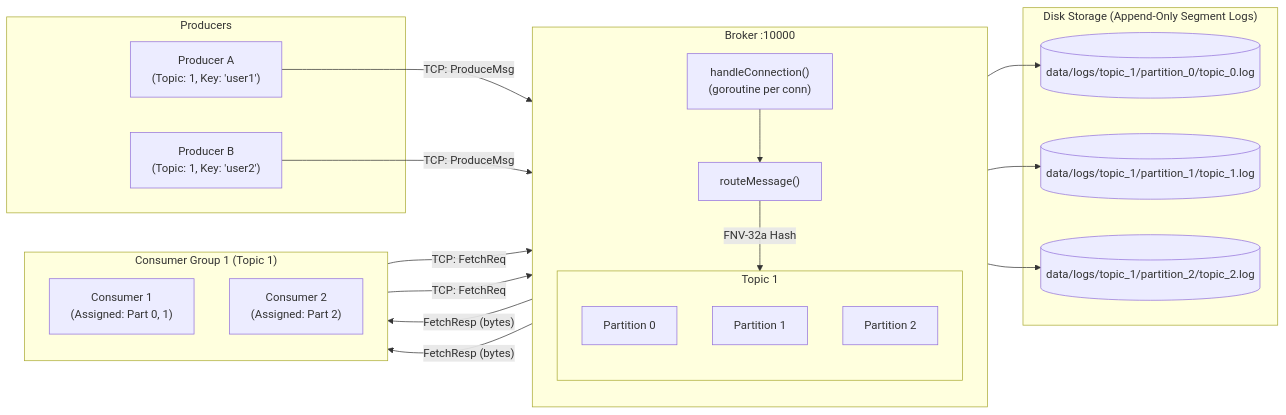
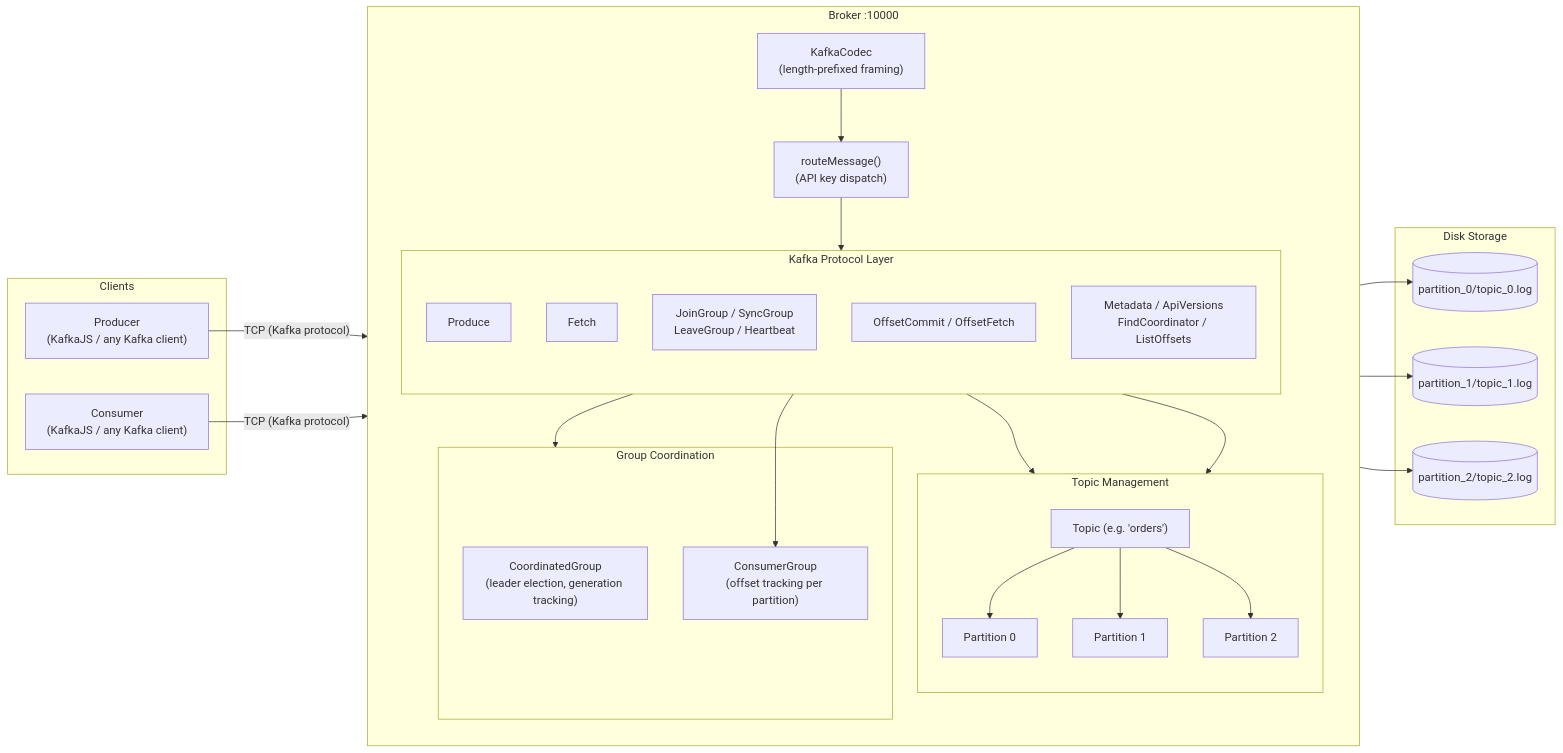
One commit to EricNguyen1206/gokafk changed the first of 2 diagrams in README.md. Above: the diagram before and after it, drawn with Mermaid. The commit also changed other lines of this file and 9 other files, not shown here.

Commit message:
feat: implement group coordinator logic and support for JoinGroup, SyncGroup, and LeaveGroup protocols

````diff
--- a/README.md
+++ b/README.md
@@ -14,47 +34,57 @@
 ```mermaid
 graph LR
-    subgraph Producers
-        P1["Producer A\n(Topic: 1, Key: 'user1')"]
-        P2["Producer B\n(Topic: 1, Key: 'user2')"]
+    subgraph Clients
+        P["Producer\n(KafkaJS / any Kafka client)"]
+        C["Consumer\n(KafkaJS / any Kafka client)"]
     end
 
     subgraph Broker["Broker :10000"]
         direction TB
-        BH["handleConnection()\n(goroutine per conn)"]
-        BM["routeMessage()"]
-        
-        subgraph T1["Topic 1"]
+        CODEC["KafkaCodec\n(length-prefixed framing)"]
+        ROUTER["routeMessage()\n(API key dispatch)"]
+
+        subgraph Protocol["Kafka Protocol Layer"]
             direction TB
-            Part0["Partition 0"]
-            Part1["Partition 1"]
-            Part2["Partition 2"]
+            PRODUCE["Produce"]
+            FETCH["Fetch"]
+            GRP["JoinGroup / SyncGroup\nLeaveGroup / Heartbeat"]
+            OFFSET["OffsetCommit / OffsetFetch"]
+            META["Metadata / ApiVersions\nFindCoordinator / ListOffsets"]
         end
-        
-        BH --> BM
-        BM -- "FNV-32a Hash" --> T1
+
+        subgraph Topics["Topic Management"]
+            direction TB
+            T1["Topic (e.g. 'orders')"]
+            P0["Partition 0"]
+            P1["Partition 1"]
+            P2["Partition 2"]
+            T1 --> P0
+            T1 --> P1
+            T1 --> P2
+        end
+
+        subgraph Coordination["Group Coordination"]
+            CG["CoordinatedGroup\n(leader election, generation tracking)"]
+            CGO["ConsumerGroup\n(offset tracking per partition)"]
+        end
+
+        CODEC --> ROUTER
+        ROUTER --> Protocol
+        PRODUCE --> Topics
+        FETCH --> Topics
+        GRP --> Coordination
+        OFFSET --> CGO
     end
 
-    subgraph Storage["Disk Storage (Append-Only Segment Logs)"]
-        F1[("data/logs/topic_1/partition_0/topic_0.log")]
-        F2[("data/logs/topic_1/partition_1/topic_1.log")]
-        F3[("data/logs/topic_1/partition_2/topic_2.log")]
-        Part0 --> F1
-        Part1 --> F2
-        Part2 --> F3
+    subgraph Storage["Disk Storage"]
+        S0[("partition_0/topic_0.log")]
+        S1[("partition_1/topic_1.log")]
+        S2[("partition_2/topic_2.log")]
+        P0 --> S0
+        P1 --> S1
+        P2 --> S2
     end
 
-    subgraph ConsumerGroups["Consumer Group 1 (Topic 1)"]
-        direction TB
-        C1["Consumer 1\n(Assigned: Part 0, 1)"]
-        C2["Consumer 2\n(Assigned: Part 2)"]
-    end
-
-    P1 -- "TCP: ProduceMsg" --> BH
-    P2 -- "TCP: ProduceMsg" --> BH
-    
-    C1 -- "TCP: FetchReq" --> BH
-    C2 -- "TCP: FetchReq" --> BH
-    
-    BM -- "FetchResp (bytes)" --> C1
-    BM -- "FetchResp (bytes)" --> C2
+    P -- "TCP (Kafka protocol)" --> CODEC
+    C -- "TCP (Kafka protocol)" --> CODEC
 ```
````
